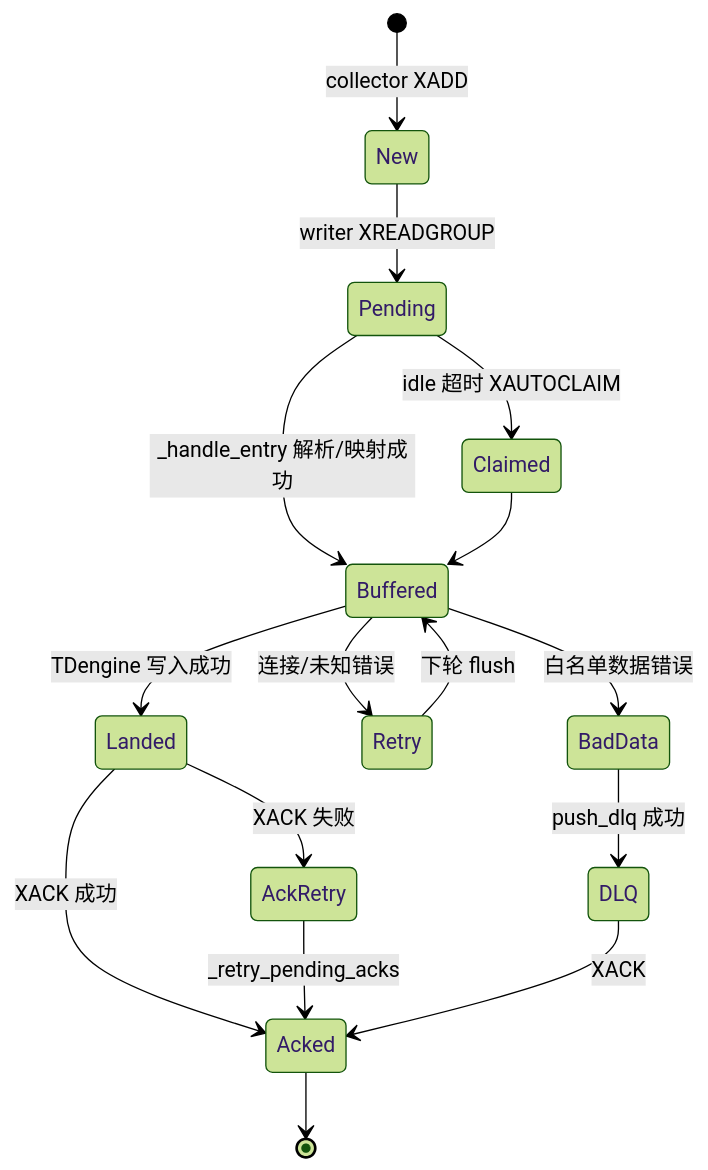
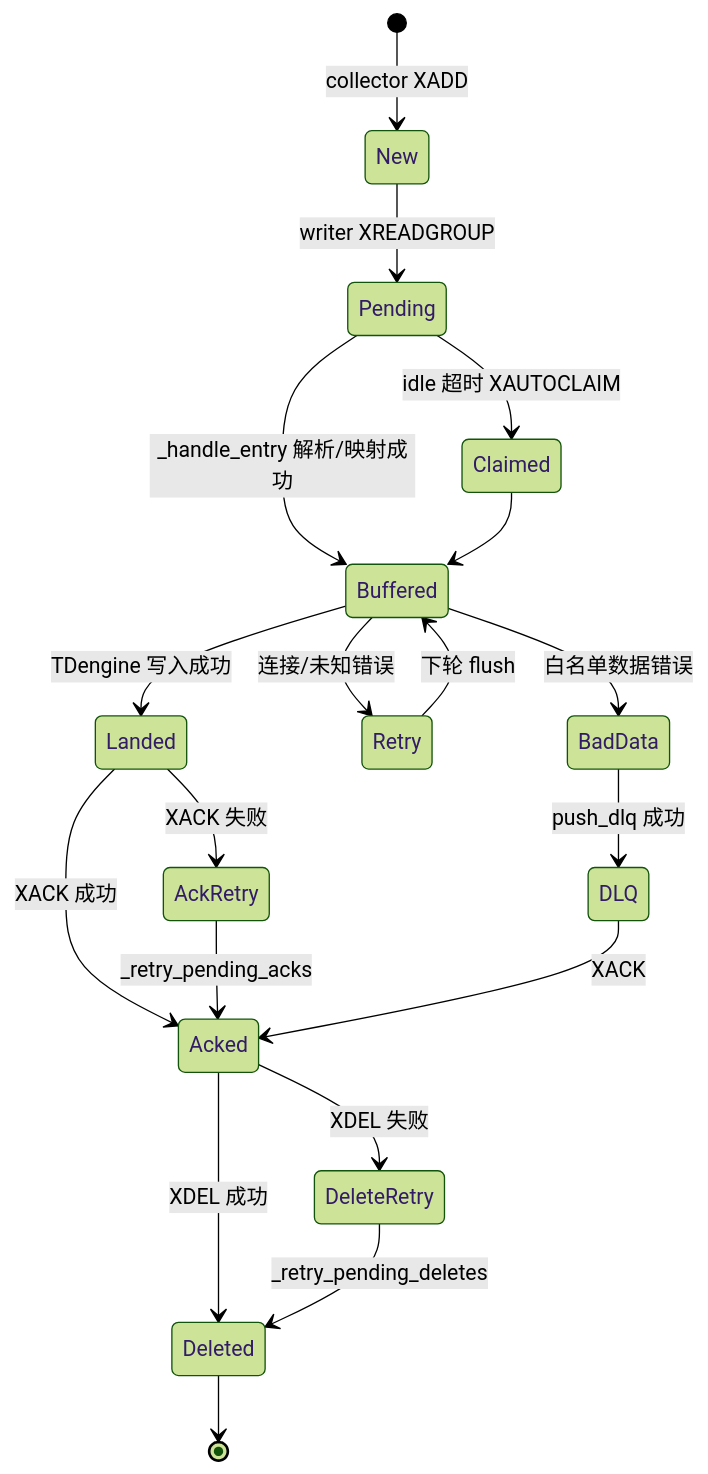
Before and after one commit to Hry1729/data_watch: the first of 2 diagrams in docs/02-模块设计/writer/可靠入库与TDengine写入.md, drawn with Mermaid (forest theme). The commit also changed other lines of this file and 55 other files, not shown here.

````diff
--- a/docs/02-模块设计/writer/可靠入库与TDengine写入.md
+++ b/docs/02-模块设计/writer/可靠入库与TDengine写入.md
@@ -36,18 +36,21 @@
 ```mermaid
 stateDiagram-v2
     [*] --> New: collector XADD
     New --> Pending: writer XREADGROUP
     Pending --> Buffered: _handle_entry 解析/映射成功
     Buffered --> Landed: TDengine 写入成功
     Buffered --> Retry: 连接/未知错误
     Buffered --> BadData: 白名单数据错误
     Pending --> Claimed: idle 超时 XAUTOCLAIM
     Claimed --> Buffered
     Landed --> Acked: XACK 成功
     Landed --> AckRetry: XACK 失败
     AckRetry --> Acked: _retry_pending_acks
     BadData --> DLQ: push_dlq 成功
     DLQ --> Acked: XACK
     Retry --> Buffered: 下轮 flush
-    Acked --> [*]
+    Acked --> Deleted: XDEL 成功
+    Acked --> DeleteRetry: XDEL 失败
+    DeleteRetry --> Deleted: _retry_pending_deletes
+    Deleted --> [*]
 ```
````
